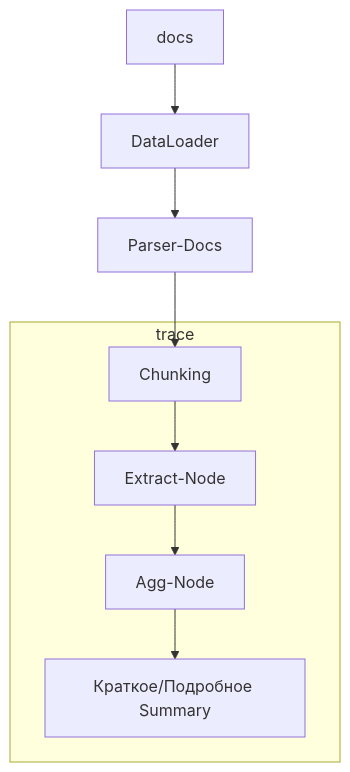
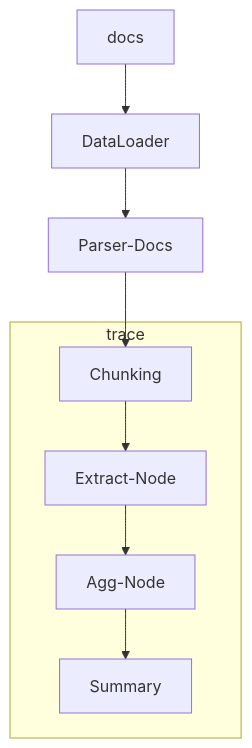
The diagram in architecture.md (metriiics/SummaryAI-TT), drawn with Mermaid before and after one commit. The commit also changed other lines of this file and 8 other files, not shown here.

Commit message:
собраны сист промпты. Переработана схема выхода саммари. Переработан вход в саммари.

````diff
--- a/architecture.md
+++ b/architecture.md
@@ -2,18 +2,18 @@
 ```mermaid
 graph TD
     in[docs] --> loader[DataLoader]
     loader[DataLoader] --> pars[Parser-Docs]
 
     subgraph trace
         chunk[Chunking]
         extract[Extract-Node]
         AggAg[Agg-Node]
-        out[Краткое/Подробное Summary]
+        out[Summary]
 
         chunk --> extract
         extract --> AggAg
         AggAg --> out
     end
 
     pars --> chunk
 ```
````
